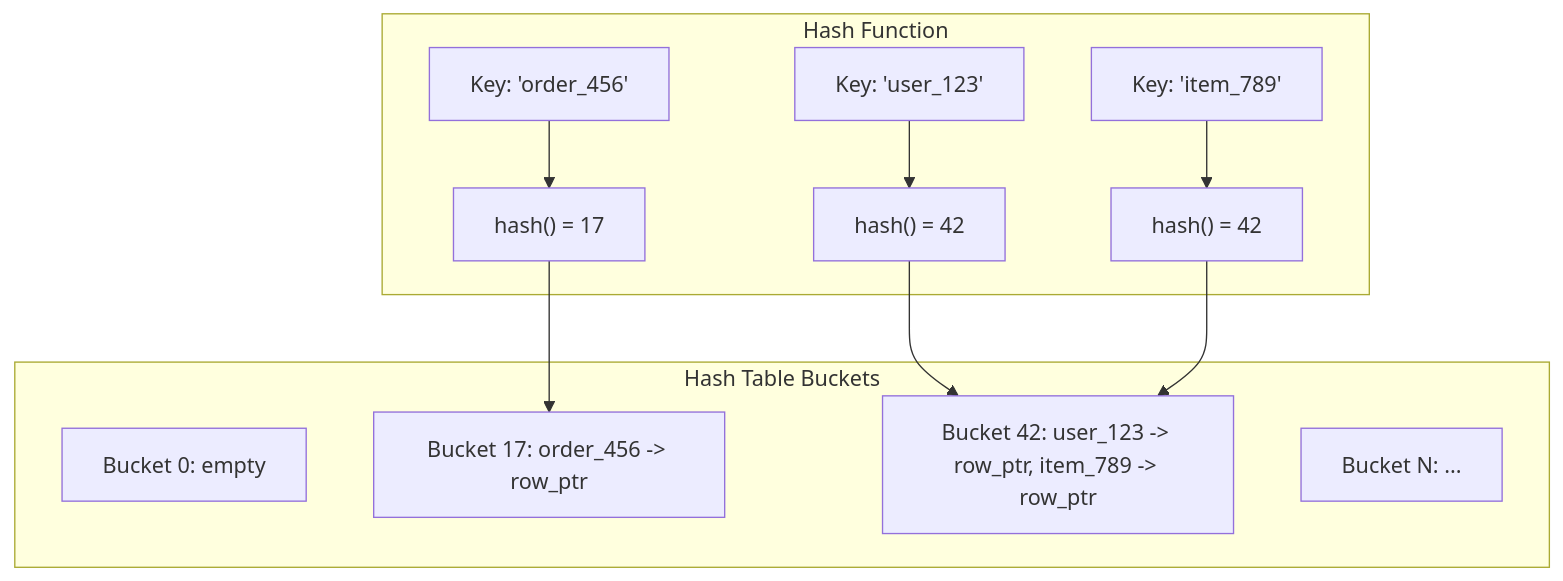
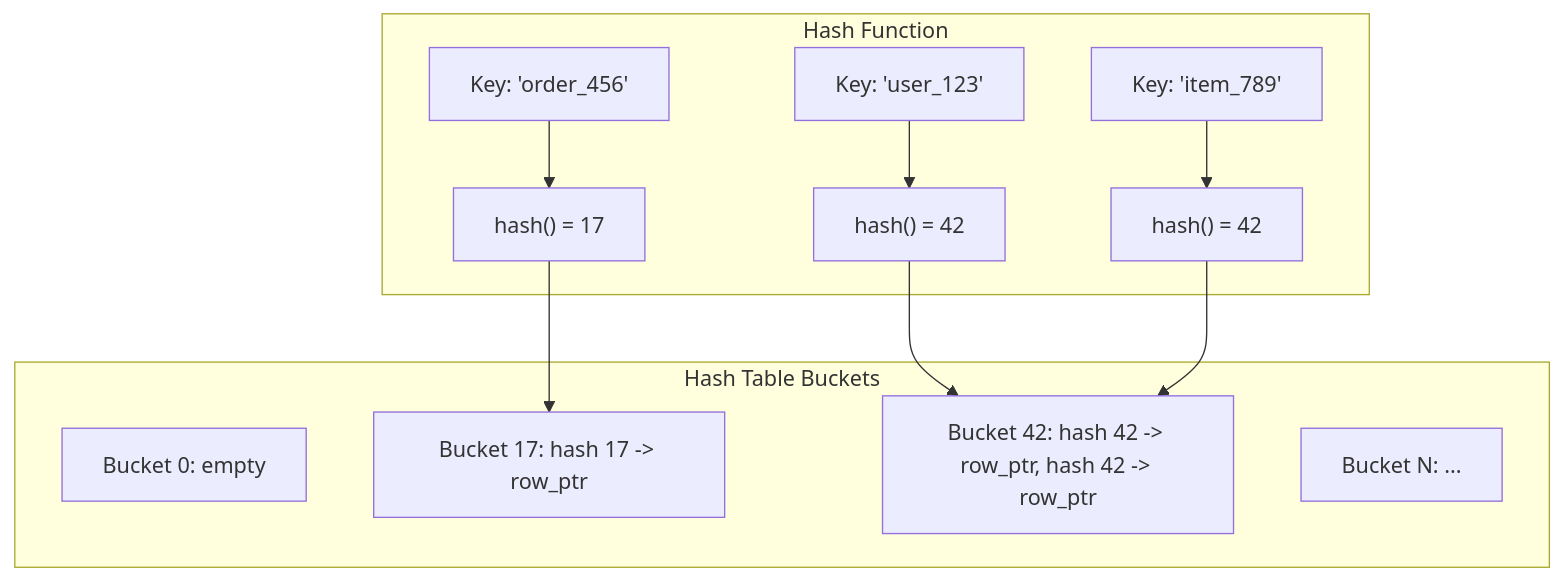
The first of 2 diagrams in posts/2026-01-30-hash-index-design/README.md (OneUptime/blog), drawn with Mermaid before and after one commit. The commit also changed other lines of this file and 876 other files, not shown here.

````diff
--- a/posts/2026-01-30-hash-index-design/README.md
+++ b/posts/2026-01-30-hash-index-design/README.md
@@ -17,19 +17,19 @@
 ```mermaid
 flowchart TD
     subgraph "Hash Function"
         K1["Key: 'user_123'"] --> H1["hash() = 42"]
         K2["Key: 'order_456'"] --> H2["hash() = 17"]
         K3["Key: 'item_789'"] --> H3["hash() = 42"]
     end
 
     subgraph "Hash Table Buckets"
         B0["Bucket 0: empty"]
-        B17["Bucket 17: order_456 -> row_ptr"]
-        B42["Bucket 42: user_123 -> row_ptr, item_789 -> row_ptr"]
+        B17["Bucket 17: hash 17 -> row_ptr"]
+        B42["Bucket 42: hash 42 -> row_ptr, hash 42 -> row_ptr"]
         BN["Bucket N: ..."]
     end
 
     H1 --> B42
     H2 --> B17
     H3 --> B42
 ```
````
